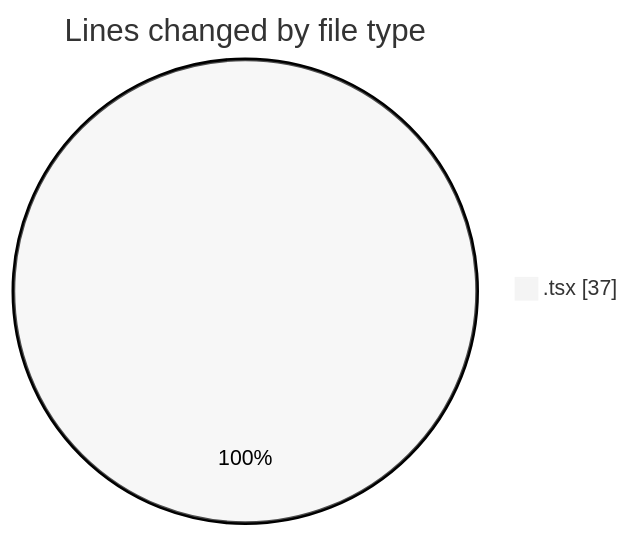
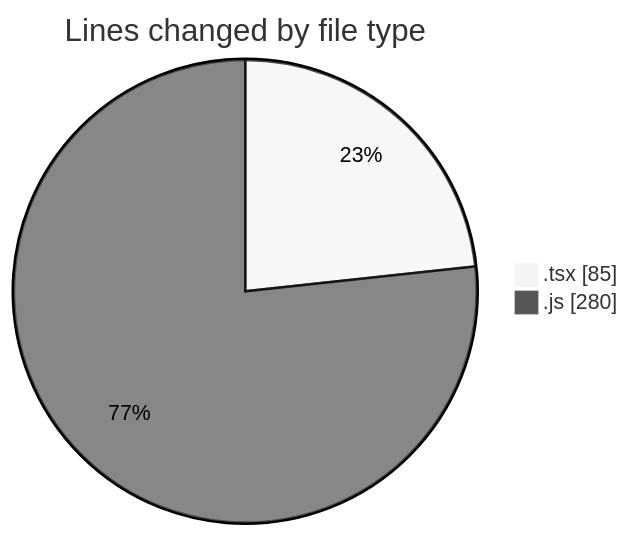
One commit to momahboobian/code-tracking changed the first of 2 diagrams in 2025-02-26/cda/README.md. Above: the diagram before and after it, drawn with Mermaid (neutral theme). The commit also changed other lines of this file and 1 other file, not shown here.

````diff
--- a/2025-02-26/cda/README.md
+++ b/2025-02-26/cda/README.md
@@ -20,5 +23,6 @@
 ```mermaid
 pie showData
 title Lines changed by file type
-".tsx" : 37
+".tsx" : 85
+".js" : 280
 ```
````
